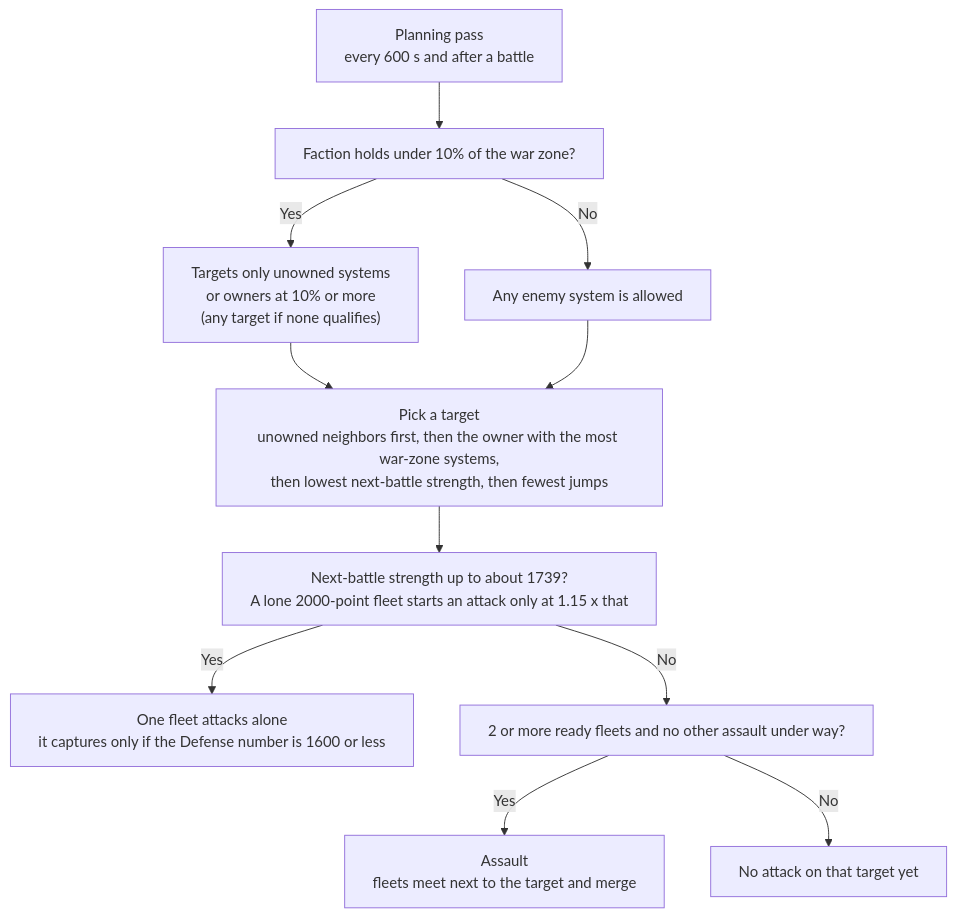
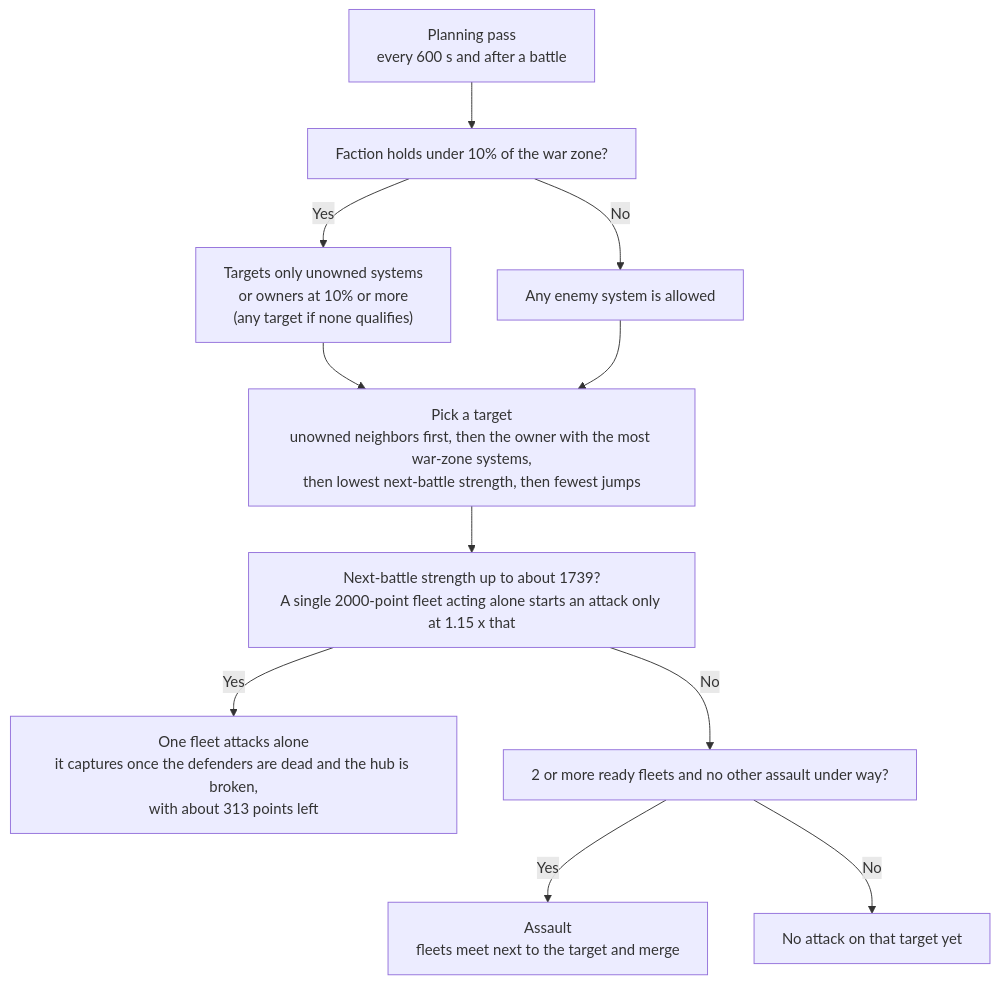
One commit to williammabernathy/Igi-s-QoL-Modpack changed the first of 3 diagrams in docs/mechanics/conquest/sector-control.md. Above: the diagram before and after it, drawn with Mermaid. The commit also changed other lines of this file and 194 other files, not shown here.

````diff
--- a/docs/mechanics/conquest/sector-control.md
+++ b/docs/mechanics/conquest/sector-control.md
@@ -88,18 +88,18 @@
 ```mermaid
 ---
 config:
   flowchart:
     wrappingWidth: 420
 ---
 flowchart TD
     A["Planning pass<br/>every 600 s and after a battle"] --> P["Faction holds under 10% of the war zone?"]
     P -- Yes --> P1["Targets only unowned systems<br/>or owners at 10% or more<br/>(any target if none qualifies)"]
     P -- No --> P2["Any enemy system is allowed"]
     P1 --> T["Pick a target<br/>unowned neighbors first, then the owner with the most war-zone systems,<br/>then lowest next-battle strength, then fewest jumps"]
     P2 --> T
-    T --> C["Next-battle strength up to about 1739?<br/>A lone 2000-point fleet starts an attack only at 1.15 x that"]
-    C -- Yes --> L["One fleet attacks alone<br/>it captures only if the Defense number is 1600 or less"]
+    T --> C["Next-battle strength up to about 1739?<br/>A single 2000-point fleet acting alone starts an attack only at 1.15 x that"]
+    C -- Yes --> L["One fleet attacks alone<br/>it captures once the defenders are dead and the hub is broken,<br/>with about 313 points left"]
     C -- No --> D["2 or more ready fleets and no other assault under way?"]
     D -- Yes --> S["Assault<br/>fleets meet next to the target and merge"]
     D -- No --> W["No attack on that target yet"]
 ```
````
